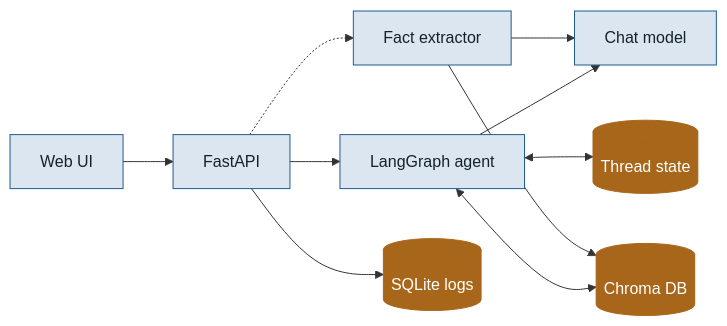
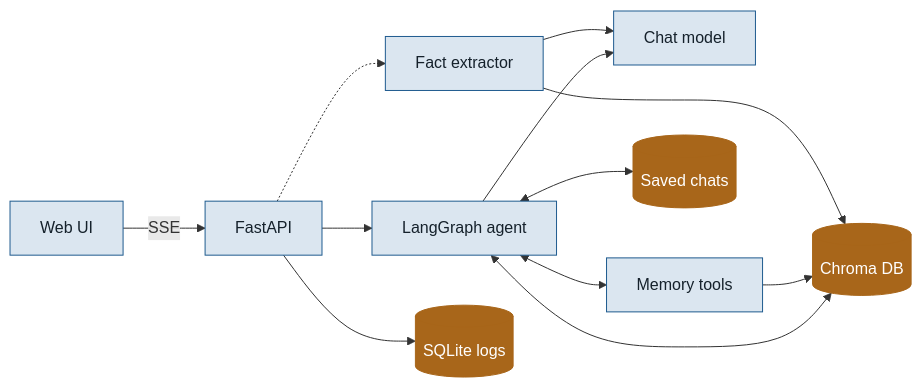
The first of 7 diagrams in PROJECT_REPORT.md (manjuv03/Personalized-AI-Assistant-with-Contextual-Recall), drawn with Mermaid before and after one commit. The commit also changed other lines of this file and 5 other files, not shown here.

Commit message:
New chat interface with saved chats, streaming and memory manager; update docs

````diff
--- a/PROJECT_REPORT.md
+++ b/PROJECT_REPORT.md
@@ -66,16 +71,18 @@
 ```mermaid
 flowchart LR
-    UI[Web UI] --> API[FastAPI]
+    UI[Web UI] -- SSE --> API[FastAPI]
     API --> G[LangGraph agent]
     API -.-> E[Fact extractor]
     G --> LLM[Chat model]
     E --> LLM
     G <--> C[(Chroma DB)]
+    G <--> T[Memory tools]
+    T --> C
     E --> C
-    G <--> K[(Thread state)]
+    G <--> K[(Saved chats)]
     API --> L[(SQLite logs)]
     classDef default fill:#dbe6f0,stroke:#1f5b8f,color:#15212b
     classDef io fill:#1f5b8f,stroke:#1f5b8f,color:#ffffff
     classDef store fill:#a8661a,stroke:#a8661a,color:#ffffff
     class C,K,L store
 ```
````
